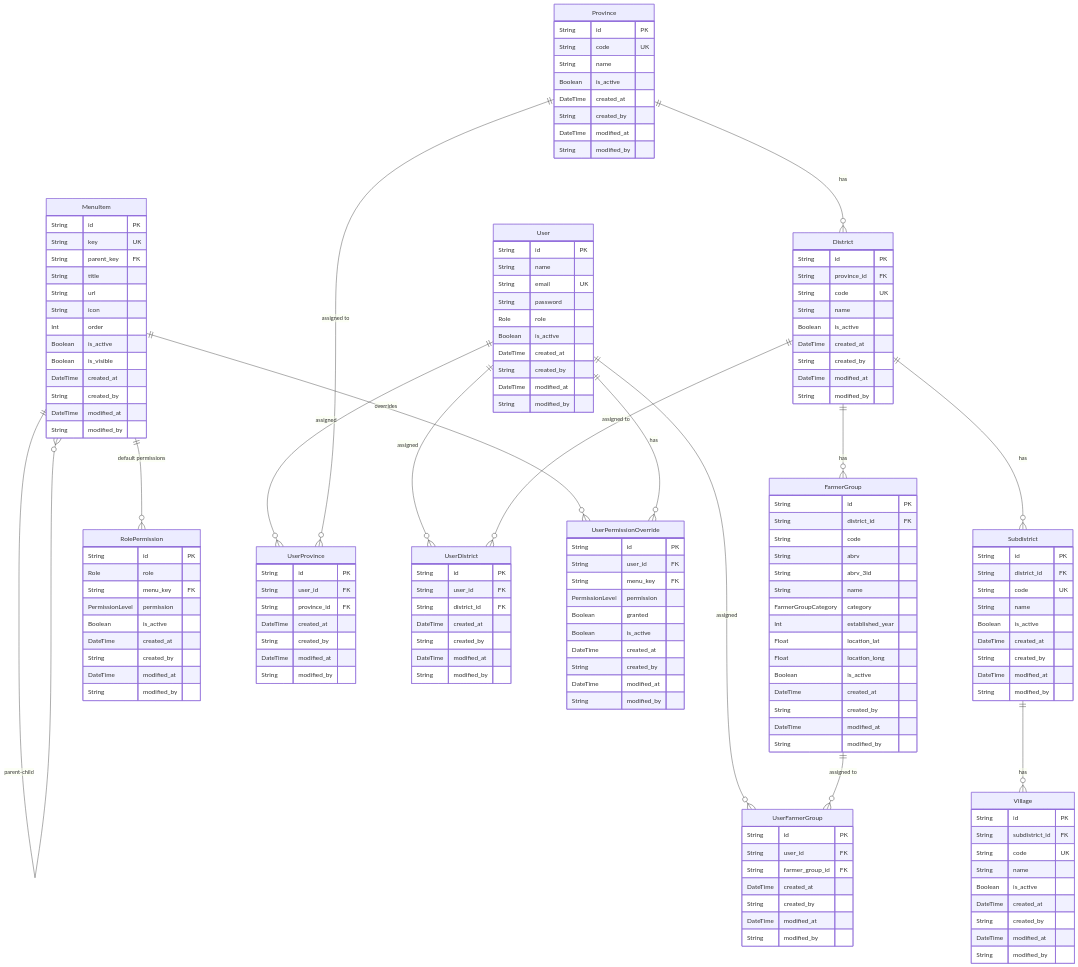
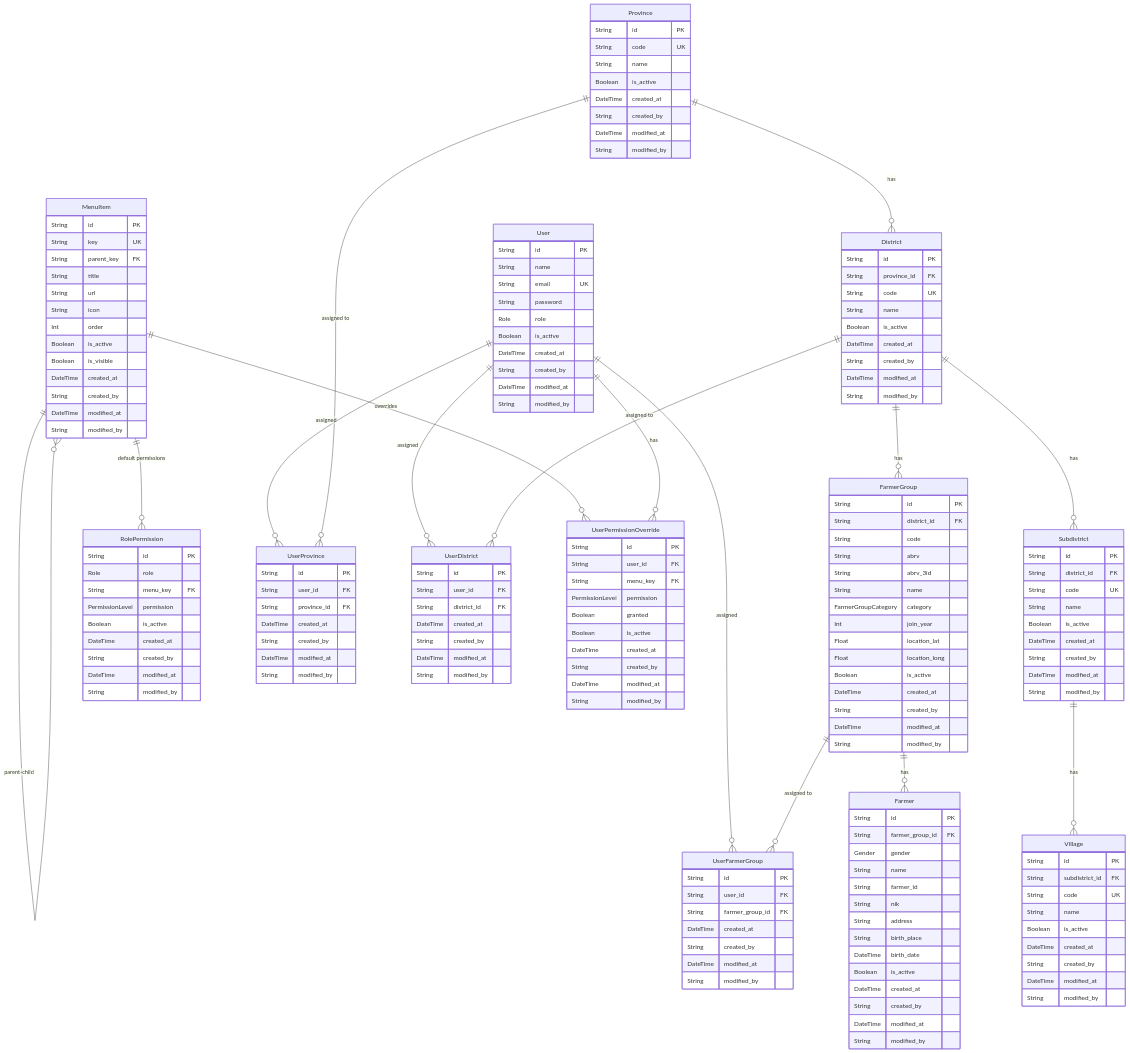
The first of 4 diagrams in docs/database-schema.md (WRI-Indonesia/mis-smallholder-hub), drawn with Mermaid before and after one commit. The commit also changed other lines of this file and 9 other files, not shown here.

```diff
--- a/docs/database-schema.md
+++ b/docs/database-schema.md
@@ -93,7 +93,7 @@
         String abrv_3id
         String name
         FarmerGroupCategory category
-        Int established_year
+        Int join_year
         Float location_lat
         Float location_long
         Boolean is_active
@@ -104,6 +104,29 @@
     }
 
     District ||--o{ FarmerGroup : "has"
+
+    %% ═══════════════════════════════════════════
+    %% FARMER
+    %% ═══════════════════════════════════════════
+
+    Farmer {
+        String id PK
+        String farmer_group_id FK
+        Gender gender
+        String name
+        String farmer_id
+        String nik
+        String address
+        String birth_place
+        DateTime birth_date
+        Boolean is_active
+        DateTime created_at
+        String created_by
+        DateTime modified_at
+        String modified_by
+    }
+
+    FarmerGroup ||--o{ Farmer : "has"
 
     %% ═══════════════════════════════════════════
     %% MENU
```
